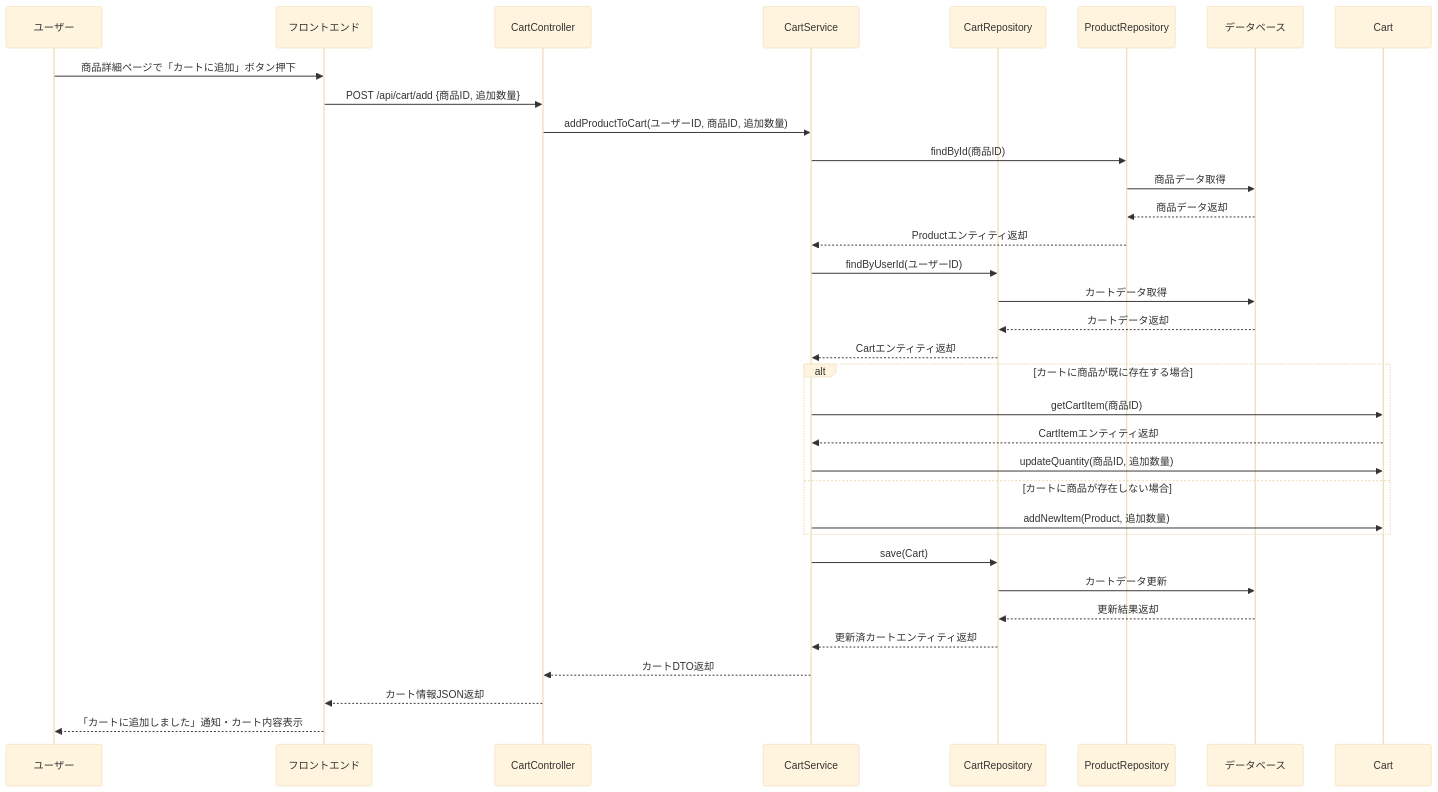
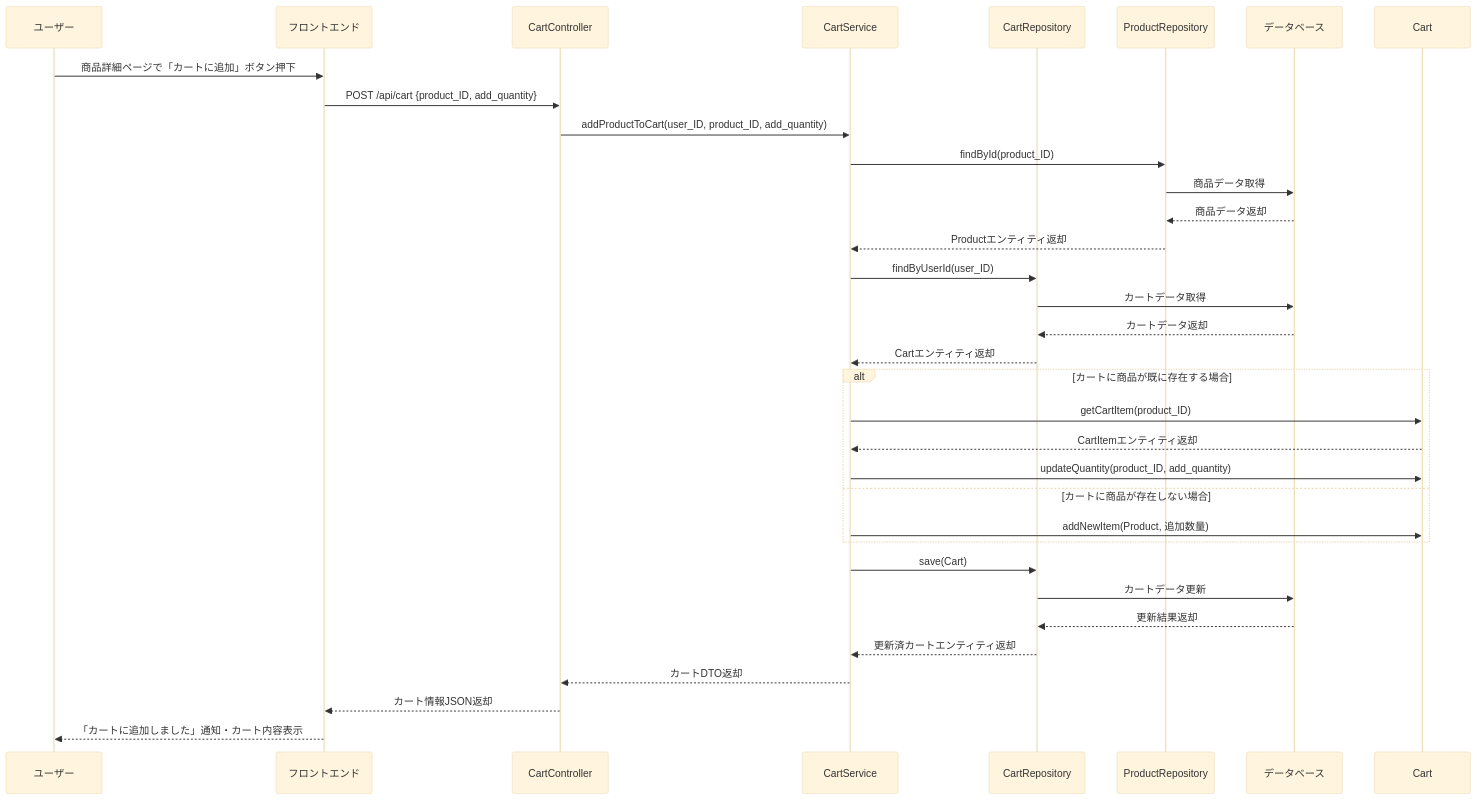
One commit to Aoi-Yaegashi/teamF changed the fifth of 29 diagrams in 詳細設計/担当B_村田/3.2 機能詳細.md. Above: the diagram before and after it, drawn with Mermaid (base theme). The commit also changed other lines of this file and 1 other file, not shown here.

Commit message:
シーケンス図アップデート

```diff
--- a/詳細設計/担当B_村田/3.2 機能詳細.md
+++ b/詳細設計/担当B_村田/3.2 機能詳細.md
@@ -100,36 +136,36 @@
 <div class="mermaid">
 sequenceDiagram
     participant User as ユーザー
     participant Browser as フロントエンド
     participant CartController as CartController
     participant CartService as CartService
     participant CartRepo as CartRepository
     participant ProductRepo as ProductRepository
     participant DB as データベース
 
     User->>Browser: 商品詳細ページで「カートに追加」ボタン押下
-    Browser->>CartController: POST /api/cart/add {商品ID, 追加数量}
-    CartController->>CartService: addProductToCart(ユーザーID, 商品ID, 追加数量)
-    CartService->>ProductRepo: findById(商品ID)
+    Browser->>CartController: POST /api/cart {product_ID, add_quantity}
+    CartController->>CartService: addProductToCart(user_ID, product_ID, add_quantity)
+    CartService->>ProductRepo: findById(product_ID)
     ProductRepo->>DB: 商品データ取得
     DB-->>ProductRepo: 商品データ返却
     ProductRepo-->>CartService: Productエンティティ返却
-    CartService->>CartRepo: findByUserId(ユーザーID)
+    CartService->>CartRepo: findByUserId(user_ID)
     CartRepo->>DB: カートデータ取得
     DB-->>CartRepo: カートデータ返却
     CartRepo-->>CartService: Cartエンティティ返却
     alt カートに商品が既に存在する場合
-        CartService->>Cart: getCartItem(商品ID)
+        CartService->>Cart: getCartItem(product_ID)
         Cart-->>CartService: CartItemエンティティ返却
-        CartService->>Cart: updateQuantity(商品ID, 追加数量)
+        CartService->>Cart: updateQuantity(product_ID, add_quantity)
     else カートに商品が存在しない場合
         CartService->>Cart: addNewItem(Product, 追加数量)
     end
     CartService->>CartRepo: save(Cart)
     CartRepo->>DB: カートデータ更新
     DB-->>CartRepo: 更新結果返却
     CartRepo-->>CartService: 更新済カートエンティティ返却
     CartService-->>CartController: カートDTO返却
     CartController-->>Browser: カート情報JSON返却
     Browser-->>User: 「カートに追加しました」通知・カート内容表示
 </div>
```
